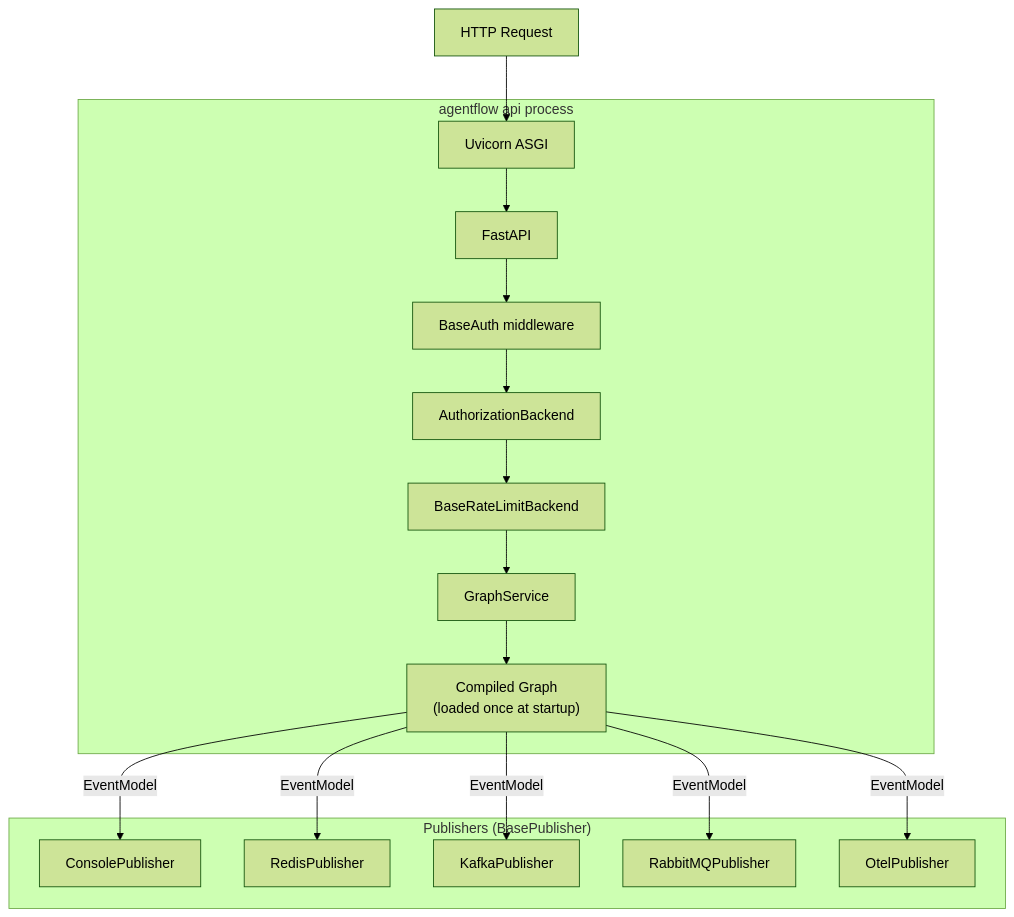
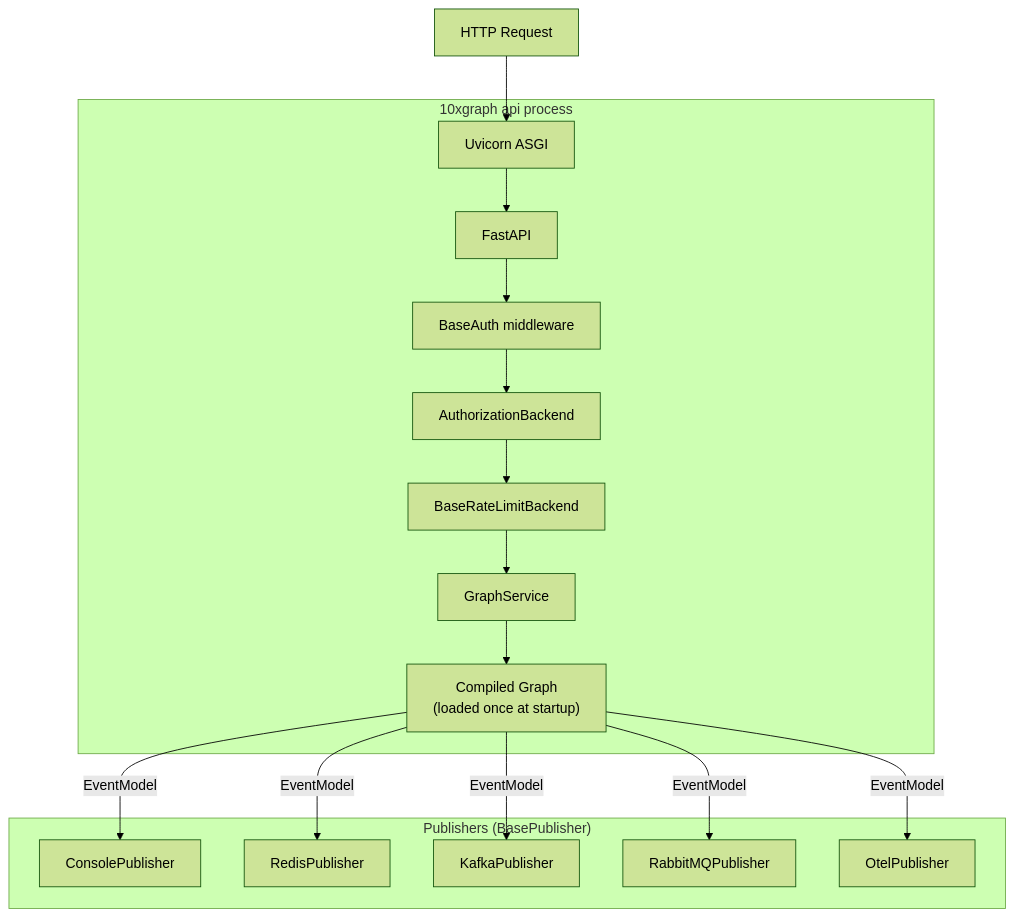
One commit to 10xHub/agentflow-docs changed the first of 4 diagrams in src/content/docs/concepts/serving-agents.md. Above: the diagram before and after it, drawn with Mermaid (forest theme). The commit also changed other lines of this file and 72 other files, not shown here.

First line of the commit message:
Refactor documentation and code references from agentflow to 10xgraph

````diff
--- a/src/content/docs/concepts/serving-agents.md
+++ b/src/content/docs/concepts/serving-agents.md
@@ -58,21 +58,21 @@
 ```mermaid
 flowchart TB
-  subgraph "agentflow api process"
+  subgraph "10xgraph api process"
     UV[Uvicorn ASGI]
     FA[FastAPI]
     AUTH[BaseAuth middleware]
     AUTHZ[AuthorizationBackend]
     RATE[BaseRateLimitBackend]
     SVC[GraphService]
     GRAPH["Compiled Graph\n(loaded once at startup)"]
   end
   subgraph "Publishers  (BasePublisher)"
     PUB_C[ConsolePublisher]
     PUB_R[RedisPublisher]
     PUB_K[KafkaPublisher]
     PUB_Q[RabbitMQPublisher]
     PUB_O[OtelPublisher]
   end
   REQ[HTTP Request] --> UV --> FA --> AUTH --> AUTHZ --> RATE --> SVC --> GRAPH
   GRAPH -->|EventModel| PUB_C & PUB_R & PUB_K & PUB_Q & PUB_O
 ```
````
